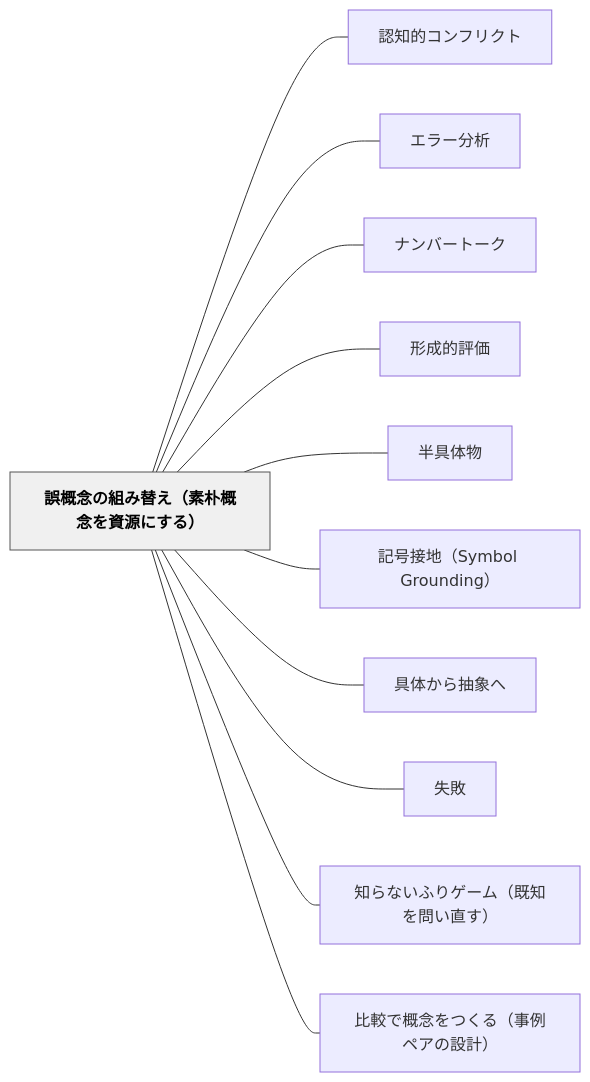
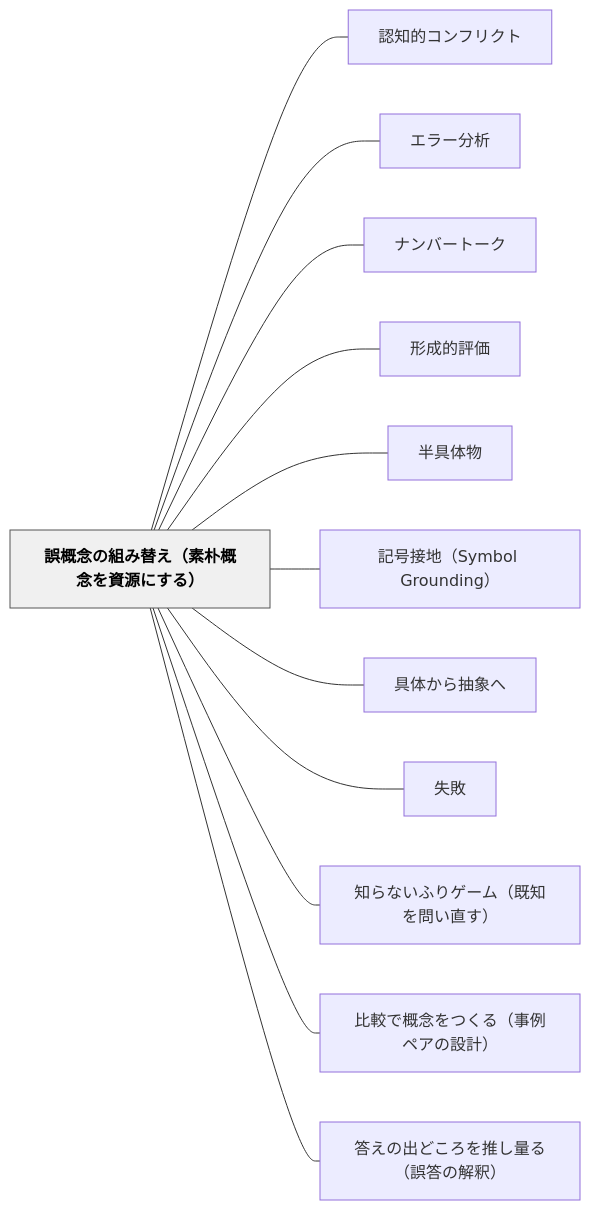
One commit to unknownthings-ed-patterns/unknownthings-ed-patterns changed the diagram in content/パタン/誤概念の組み替え（素朴概念を資源にする）.md. Above: the diagram before and after it, drawn with Mermaid. The commit also changed other lines of this file and 84 other files, not shown here.

````diff
--- a/content/パタン/誤概念の組み替え（素朴概念を資源にする）.md
+++ b/content/パタン/誤概念の組み替え（素朴概念を資源にする）.md
@@ -134,28 +137,30 @@
 ```mermaid
 flowchart LR
     ne8aaa4e6a682e5bfb5e381aee7b584e381bfe69bbfe38188efbc88e7b4a0e69cb4e6a682e5bfb5e38292e8b387e6ba90e381abe38199e3828befbc89["誤概念の組み替え（素朴概念を資源にする）"]
     ne8aa8de79fa5e79a84e382b3e383b3e38395e383aae382afe38388["認知的コンフリクト"]
     ne382a8e383a9e383bce58886e69e90["エラー分析"]
     ne3838ae383b3e38390e383bce38388e383bce382af["ナンバートーク"]
     ne5bda2e68890e79a84e8a995e4bea1["形成的評価"]
     ne58d8ae585b7e4bd93e789a9["半具体物"]
     ne8a898e58fb7e68ea5e59cb0efbc8853796d626f6c2047726f756e64696e67efbc89["記号接地（Symbol Grounding）"]
     ne585b7e4bd93e3818be38289e68abde8b1a1e381b8["具体から抽象へ"]
     ne5a4b1e69597["失敗"]
     ne79fa5e38289e381aae38184e381b5e3828ae382b2e383bce383a0efbc88e697a2e79fa5e38292e5958fe38184e79bb4e38199efbc89["知らないふりゲーム（既知を問い直す）"]
     ne6af94e8bc83e381a7e6a682e5bfb5e38292e381a4e3818fe3828befbc88e4ba8be4be8be3839ae382a2e381aee8a8ade8a888efbc89["比較で概念をつくる（事例ペアの設計）"]
+    ne7ad94e38188e381aee587bae381a9e38193e3828de38292e68ea8e38197e9878fe3828befbc88e8aaa4e7ad94e381aee8a7a3e98788efbc89["答えの出どころを推し量る（誤答の解釈）"]
 
     ne8aaa4e6a682e5bfb5e381aee7b584e381bfe69bbfe38188efbc88e7b4a0e69cb4e6a682e5bfb5e38292e8b387e6ba90e381abe38199e3828befbc89 --- ne8aa8de79fa5e79a84e382b3e383b3e38395e383aae382afe38388
     ne8aaa4e6a682e5bfb5e381aee7b584e381bfe69bbfe38188efbc88e7b4a0e69cb4e6a682e5bfb5e38292e8b387e6ba90e381abe38199e3828befbc89 --- ne382a8e383a9e383bce58886e69e90
     ne8aaa4e6a682e5bfb5e381aee7b584e381bfe69bbfe38188efbc88e7b4a0e69cb4e6a682e5bfb5e38292e8b387e6ba90e381abe38199e3828befbc89 --- ne3838ae383b3e38390e383bce38388e383bce382af
     ne8aaa4e6a682e5bfb5e381aee7b584e381bfe69bbfe38188efbc88e7b4a0e69cb4e6a682e5bfb5e38292e8b387e6ba90e381abe38199e3828befbc89 --- ne5bda2e68890e79a84e8a995e4bea1
     ne8aaa4e6a682e5bfb5e381aee7b584e381bfe69bbfe38188efbc88e7b4a0e69cb4e6a682e5bfb5e38292e8b387e6ba90e381abe38199e3828befbc89 --- ne58d8ae585b7e4bd93e789a9
     ne8aaa4e6a682e5bfb5e381aee7b584e381bfe69bbfe38188efbc88e7b4a0e69cb4e6a682e5bfb5e38292e8b387e6ba90e381abe38199e3828befbc89 --- ne8a898e58fb7e68ea5e59cb0efbc8853796d626f6c2047726f756e64696e67efbc89
     ne8aaa4e6a682e5bfb5e381aee7b584e381bfe69bbfe38188efbc88e7b4a0e69cb4e6a682e5bfb5e38292e8b387e6ba90e381abe38199e3828befbc89 --- ne585b7e4bd93e3818be38289e68abde8b1a1e381b8
     ne8aaa4e6a682e5bfb5e381aee7b584e381bfe69bbfe38188efbc88e7b4a0e69cb4e6a682e5bfb5e38292e8b387e6ba90e381abe38199e3828befbc89 --- ne5a4b1e69597
     ne8aaa4e6a682e5bfb5e381aee7b584e381bfe69bbfe38188efbc88e7b4a0e69cb4e6a682e5bfb5e38292e8b387e6ba90e381abe38199e3828befbc89 --- ne79fa5e38289e381aae38184e381b5e3828ae382b2e383bce383a0efbc88e697a2e79fa5e38292e5958fe38184e79bb4e38199efbc89
     ne8aaa4e6a682e5bfb5e381aee7b584e381bfe69bbfe38188efbc88e7b4a0e69cb4e6a682e5bfb5e38292e8b387e6ba90e381abe38199e3828befbc89 --- ne6af94e8bc83e381a7e6a682e5bfb5e38292e381a4e3818fe3828befbc88e4ba8be4be8be3839ae382a2e381aee8a8ade8a888efbc89
+    ne8aaa4e6a682e5bfb5e381aee7b584e381bfe69bbfe38188efbc88e7b4a0e69cb4e6a682e5bfb5e38292e8b387e6ba90e381abe38199e3828befbc89 --- ne7ad94e38188e381aee587bae381a9e38193e3828de38292e68ea8e38197e9878fe3828befbc88e8aaa4e7ad94e381aee8a7a3e98788efbc89
 
     classDef hub fill:#f0f0f0,stroke:#555,color:#000,font-weight:bold
     class ne8aaa4e6a682e5bfb5e381aee7b584e381bfe69bbfe38188efbc88e7b4a0e69cb4e6a682e5bfb5e38292e8b387e6ba90e381abe38199e3828befbc89 hub
 ```
````
